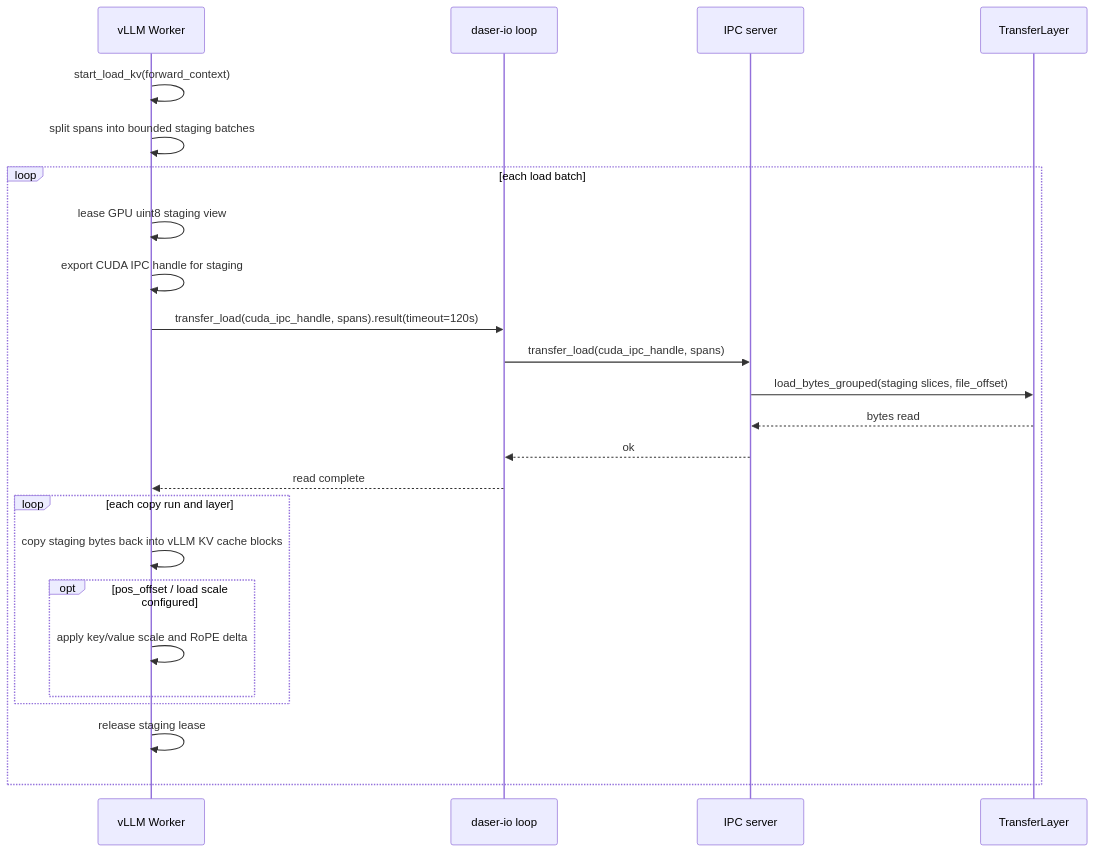
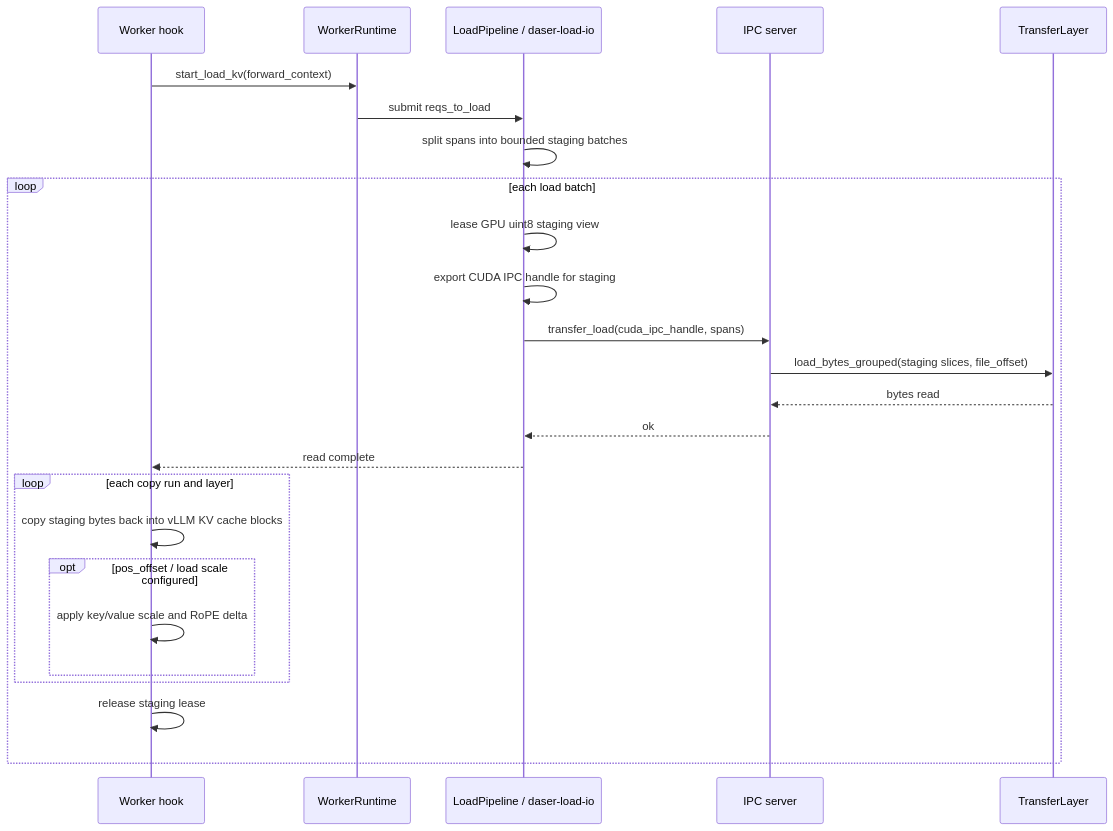
Before and after one commit to GentleCold/DaseR: the seventh of 8 diagrams in docs/design/flows.md, drawn with Mermaid. The commit also changed other lines of this file and 33 other files, not shown here.

````diff
--- a/docs/design/flows.md
+++ b/docs/design/flows.md
@@ -181,27 +186,28 @@
 ```mermaid
 sequenceDiagram
-    participant W as vLLM Worker
-    participant BG as daser-io loop
+    participant W as Worker hook
+    participant WR as WorkerRuntime
+    participant BG as LoadPipeline / daser-load-io
     participant IPC as IPC server
     participant TL as TransferLayer
 
-    W->>W: start_load_kv(forward_context)
-    W->>W: split spans into bounded staging batches
+    W->>WR: start_load_kv(forward_context)
+    WR->>BG: submit reqs_to_load
+    BG->>BG: split spans into bounded staging batches
     loop each load batch
-        W->>W: lease GPU uint8 staging view
-        W->>W: export CUDA IPC handle for staging
-        W->>BG: transfer_load(cuda_ipc_handle, spans).result(timeout=120s)
+        BG->>BG: lease GPU uint8 staging view
+        BG->>BG: export CUDA IPC handle for staging
         BG->>IPC: transfer_load(cuda_ipc_handle, spans)
         IPC->>TL: load_bytes_grouped(staging slices, file_offset)
         TL-->>IPC: bytes read
         IPC-->>BG: ok
         BG-->>W: read complete
         loop each copy run and layer
             W->>W: copy staging bytes back into vLLM KV cache blocks
             opt pos_offset / load scale configured
                 W->>W: apply key/value scale and RoPE delta
             end
         end
         W->>W: release staging lease
     end
 ```
````
